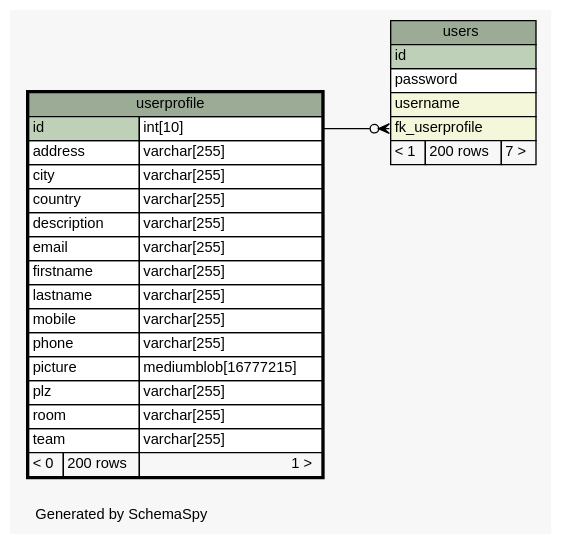
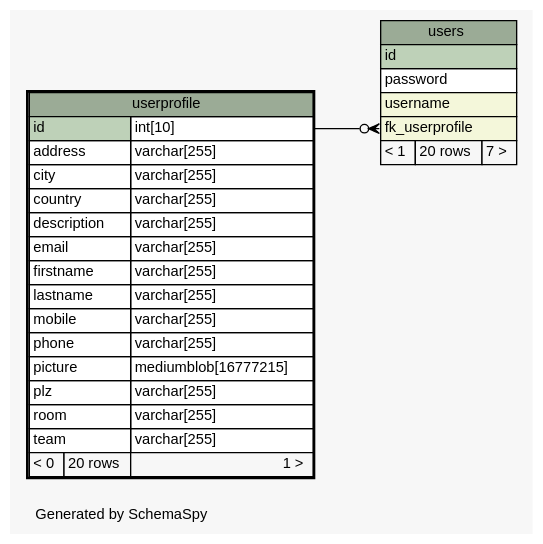
One commit to chr-krenn/chr-krenn-fhj-ws2017-sd17-pse changed the diagram in doc/db_schema/diagrams/userprofile.1degree.dot. Above: the diagram before and after it, drawn with Graphviz. The commit also changed 65 other files, not shown here.

```diff
--- a/doc/db_schema/diagrams/userprofile.1degree.dot
+++ b/doc/db_schema/diagrams/userprofile.1degree.dot
@@ -1,59 +1,59 @@
 // dot 2.40.1 on Linux 4.12.5-300.fc26.x86_64
 // SchemaSpy rev 590
 digraph "oneDegreeRelationshipsDiagram" {
   graph [
     rankdir="RL"
     bgcolor="#f7f7f7"
     label="\nGenerated by SchemaSpy"
     labeljust="l"
     nodesep="0.18"
     ranksep="0.46"
     fontname="Helvetica"
     fontsize="11"
   ];
   node [
     fontname="Helvetica"
     fontsize="11"
     shape="plaintext"
   ];
   edge [
     arrowsize="0.8"
   ];
   "users":"fk_userprofile":w -> "userprofile":"id.type":e [arrowhead=none dir=back arrowtail=crowodot];
   "userprofile" [
     label=<
     <TABLE BORDER="2" CELLBORDER="1" CELLSPACING="0" BGCOLOR="#ffffff">
       <TR><TD COLSPAN="3" BGCOLOR="#9bab96" ALIGN="CENTER">userprofile</TD></TR>
       <TR><TD PORT="id" COLSPAN="2" BGCOLOR="#bed1b8" ALIGN="LEFT">id</TD><TD PORT="id.type" ALIGN="LEFT">int[10]</TD></TR>
       <TR><TD PORT="address" COLSPAN="2" ALIGN="LEFT">address</TD><TD PORT="address.type" ALIGN="LEFT">varchar[255]</TD></TR>
       <TR><TD PORT="city" COLSPAN="2" ALIGN="LEFT">city</TD><TD PORT="city.type" ALIGN="LEFT">varchar[255]</TD></TR>
       <TR><TD PORT="country" COLSPAN="2" ALIGN="LEFT">country</TD><TD PORT="country.type" ALIGN="LEFT">varchar[255]</TD></TR>
       <TR><TD PORT="description" COLSPAN="2" ALIGN="LEFT">description</TD><TD PORT="description.type" ALIGN="LEFT">varchar[255]</TD></TR>
       <TR><TD PORT="email" COLSPAN="2" ALIGN="LEFT">email</TD><TD PORT="email.type" ALIGN="LEFT">varchar[255]</TD></TR>
       <TR><TD PORT="firstname" COLSPAN="2" ALIGN="LEFT">firstname</TD><TD PORT="firstname.type" ALIGN="LEFT">varchar[255]</TD></TR>
       <TR><TD PORT="lastname" COLSPAN="2" ALIGN="LEFT">lastname</TD><TD PORT="lastname.type" ALIGN="LEFT">varchar[255]</TD></TR>
       <TR><TD PORT="mobile" COLSPAN="2" ALIGN="LEFT">mobile</TD><TD PORT="mobile.type" ALIGN="LEFT">varchar[255]</TD></TR>
       <TR><TD PORT="phone" COLSPAN="2" ALIGN="LEFT">phone</TD><TD PORT="phone.type" ALIGN="LEFT">varchar[255]</TD></TR>
       <TR><TD PORT="picture" COLSPAN="2" ALIGN="LEFT">picture</TD><TD PORT="picture.type" ALIGN="LEFT">mediumblob[16777215]</TD></TR>
       <TR><TD PORT="plz" COLSPAN="2" ALIGN="LEFT">plz</TD><TD PORT="plz.type" ALIGN="LEFT">varchar[255]</TD></TR>
       <TR><TD PORT="room" COLSPAN="2" ALIGN="LEFT">room</TD><TD PORT="room.type" ALIGN="LEFT">varchar[255]</TD></TR>
       <TR><TD PORT="team" COLSPAN="2" ALIGN="LEFT">team</TD><TD PORT="team.type" ALIGN="LEFT">varchar[255]</TD></TR>
-      <TR><TD ALIGN="LEFT" BGCOLOR="#f7f7f7">&lt; 0</TD><TD ALIGN="RIGHT" BGCOLOR="#f7f7f7">200 rows</TD><TD ALIGN="RIGHT" BGCOLOR="#f7f7f7">1 &gt;</TD></TR>
+      <TR><TD ALIGN="LEFT" BGCOLOR="#f7f7f7">&lt; 0</TD><TD ALIGN="RIGHT" BGCOLOR="#f7f7f7">20 rows</TD><TD ALIGN="RIGHT" BGCOLOR="#f7f7f7">1 &gt;</TD></TR>
     </TABLE>>
     URL="userprofile.html"
     tooltip="userprofile"
   ];
   "users" [
     label=<
     <TABLE BORDER="0" CELLBORDER="1" CELLSPACING="0" BGCOLOR="#ffffff">
       <TR><TD COLSPAN="3" BGCOLOR="#9bab96" ALIGN="CENTER">users</TD></TR>
       <TR><TD PORT="id" COLSPAN="3" BGCOLOR="#bed1b8" ALIGN="LEFT">id</TD></TR>
       <TR><TD PORT="password" COLSPAN="3" ALIGN="LEFT">password</TD></TR>
       <TR><TD PORT="username" COLSPAN="3" BGCOLOR="#f4f7da" ALIGN="LEFT">username</TD></TR>
       <TR><TD PORT="fk_userprofile" COLSPAN="3" BGCOLOR="#f4f7da" ALIGN="LEFT">fk_userprofile</TD></TR>
-      <TR><TD ALIGN="LEFT" BGCOLOR="#f7f7f7">&lt; 1</TD><TD ALIGN="RIGHT" BGCOLOR="#f7f7f7">200 rows</TD><TD ALIGN="RIGHT" BGCOLOR="#f7f7f7">7 &gt;</TD></TR>
+      <TR><TD ALIGN="LEFT" BGCOLOR="#f7f7f7">&lt; 1</TD><TD ALIGN="RIGHT" BGCOLOR="#f7f7f7">20 rows</TD><TD ALIGN="RIGHT" BGCOLOR="#f7f7f7">7 &gt;</TD></TR>
     </TABLE>>
     URL="users.html"
     tooltip="users"
   ];
 }
```
